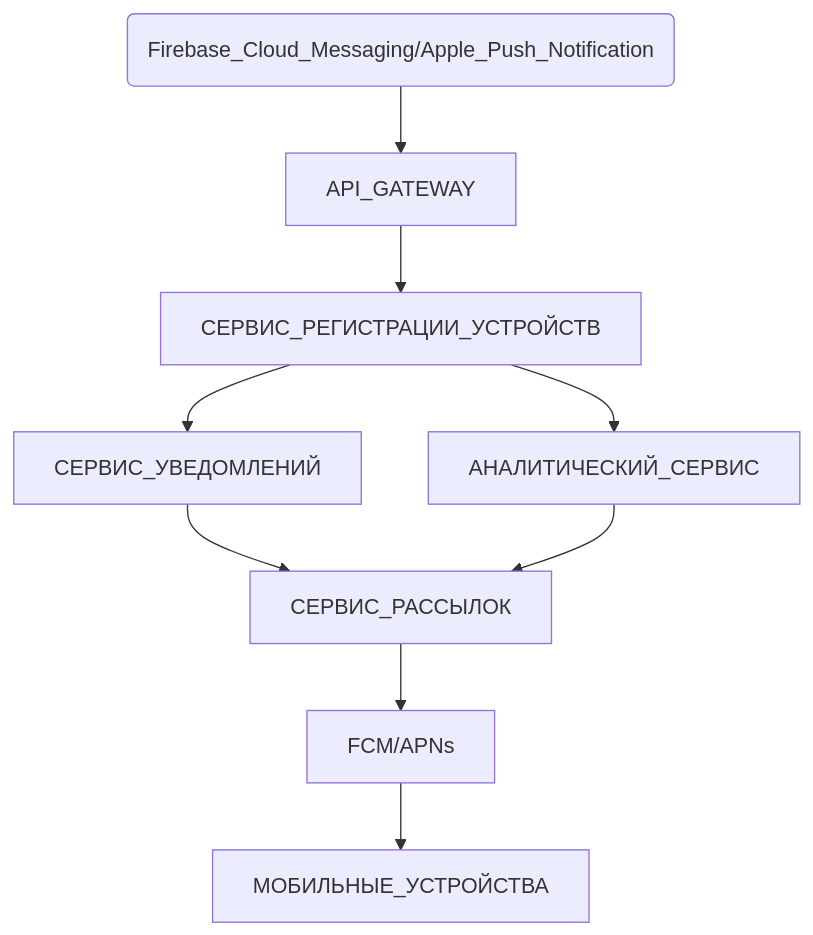
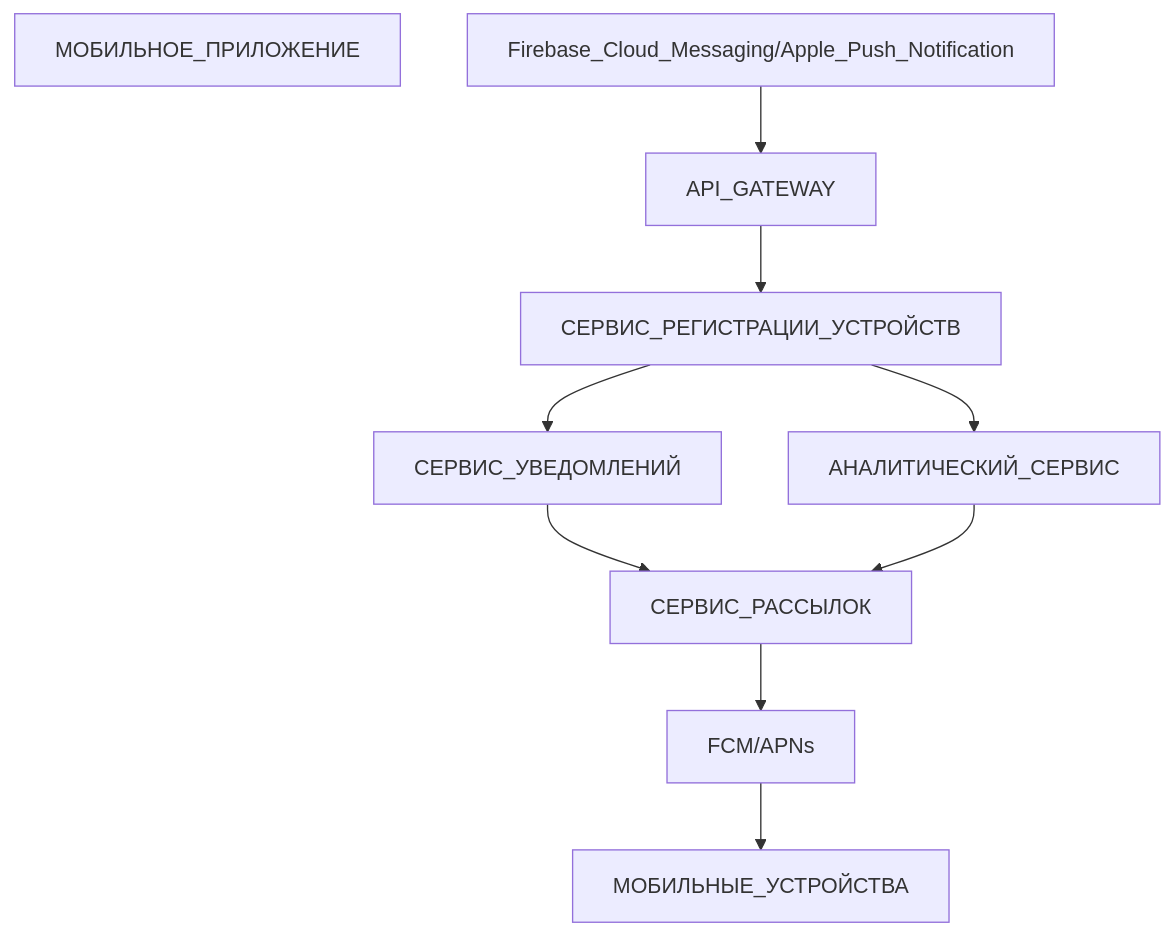
Before and after one commit to olegmuhortov/sa: the diagram in №3.md, drawn with Mermaid.

````diff
--- a/№3.md
+++ b/№3.md
@@ -1,12 +1,12 @@
 ```mermaid
 graph TD;
-    МОБИЛЬНОЕ_ПРИЛОЖЕНИЕ(Firebase_Cloud_Messaging/Apple_Push_Notification)-->API_GATEWAY;
+    МОБИЛЬНОЕ_ПРИЛОЖЕНИЕ;Firebase_Cloud_Messaging/Apple_Push_Notification-->API_GATEWAY;
     API_GATEWAY-->СЕРВИС_РЕГИСТРАЦИИ_УСТРОЙСТВ;
     СЕРВИС_РЕГИСТРАЦИИ_УСТРОЙСТВ-->СЕРВИС_УВЕДОМЛЕНИЙ;
     СЕРВИС_РЕГИСТРАЦИИ_УСТРОЙСТВ-->АНАЛИТИЧЕСКИЙ_СЕРВИС;
     СЕРВИС_УВЕДОМЛЕНИЙ-->СЕРВИС_РАССЫЛОК;
     АНАЛИТИЧЕСКИЙ_СЕРВИС-->СЕРВИС_РАССЫЛОК;
     СЕРВИС_РАССЫЛОК-->FCM/APNs;
     FCM/APNs-->МОБИЛЬНЫЕ_УСТРОЙСТВА;
     
 ```
````
